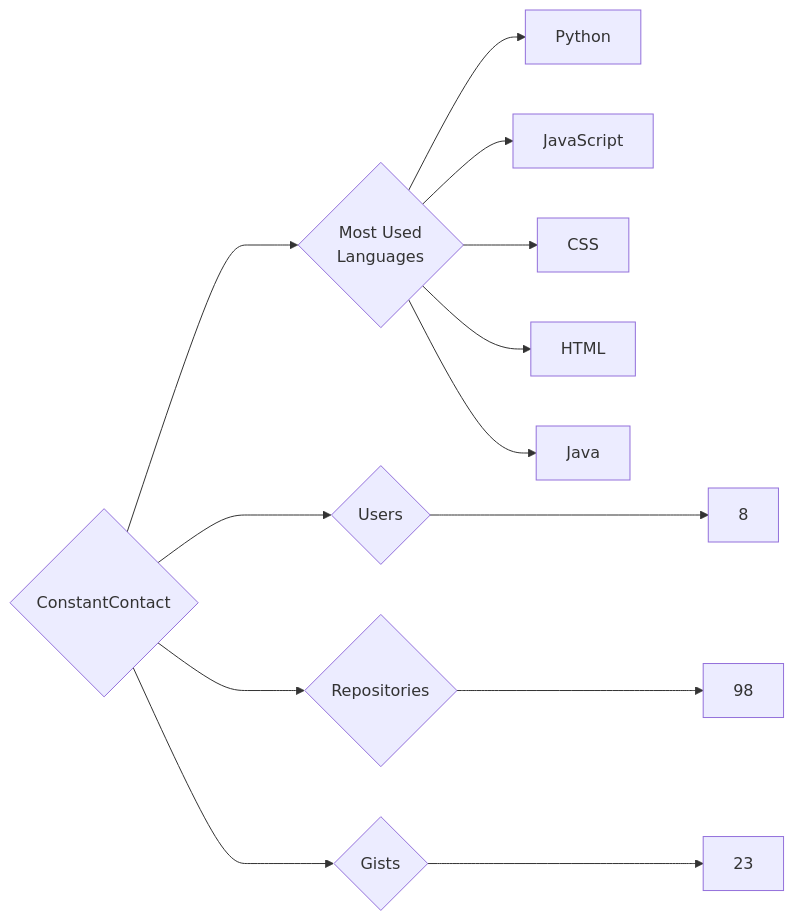
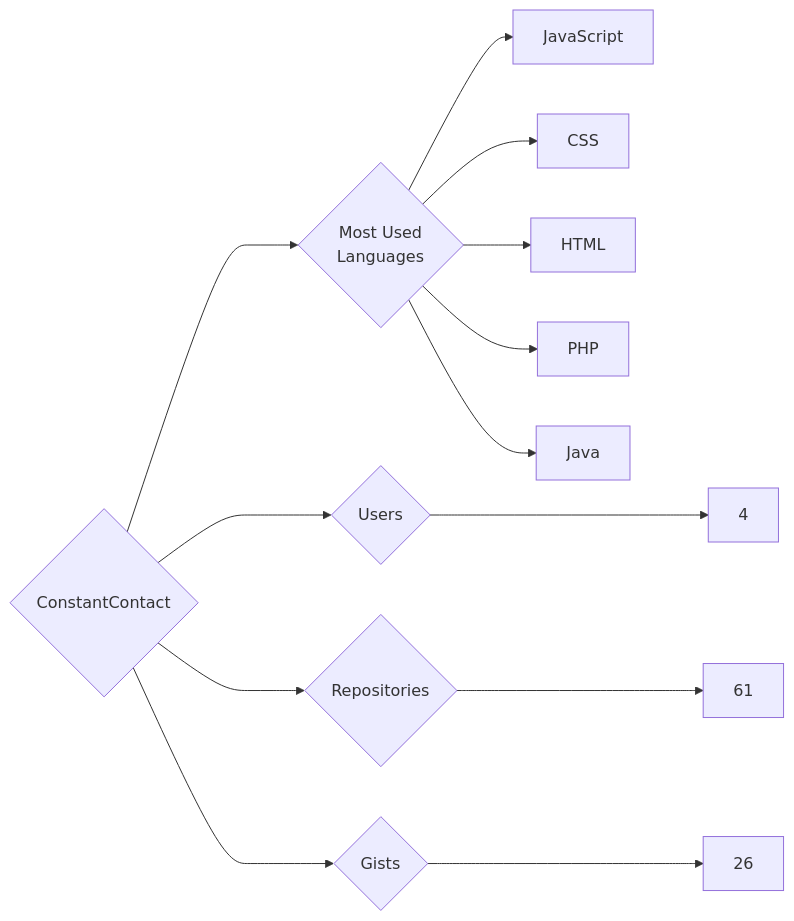
Before and after one commit to trickest/insiders: the diagram in targets/ConstantContact/README.md, drawn with Mermaid. The commit also changed 1089 other files, not shown here.

````diff
--- a/targets/ConstantContact/README.md
+++ b/targets/ConstantContact/README.md
@@ -3,13 +3,13 @@
 ```mermaid
 graph LR
 COMPANY_NAME{ConstantContact}
-COMPANY_NAME ---> U{Users} ---> UN[8]
-COMPANY_NAME ---> R{Repositories} ---> RN[98]
-COMPANY_NAME ---> G{Gists} ---> GN[23]
+COMPANY_NAME ---> U{Users} ---> UN[4]
+COMPANY_NAME ---> R{Repositories} ---> RN[61]
+COMPANY_NAME ---> G{Gists} ---> GN[26]
 COMPANY_NAME ---> ML{Most Used<br>Languages}
-ML --> Python[Python]
 ML --> JavaScript[JavaScript]
 ML --> CSS[CSS]
 ML --> HTML[HTML]
+ML --> PHP[PHP]
 ML --> Java[Java]
 ```
````
